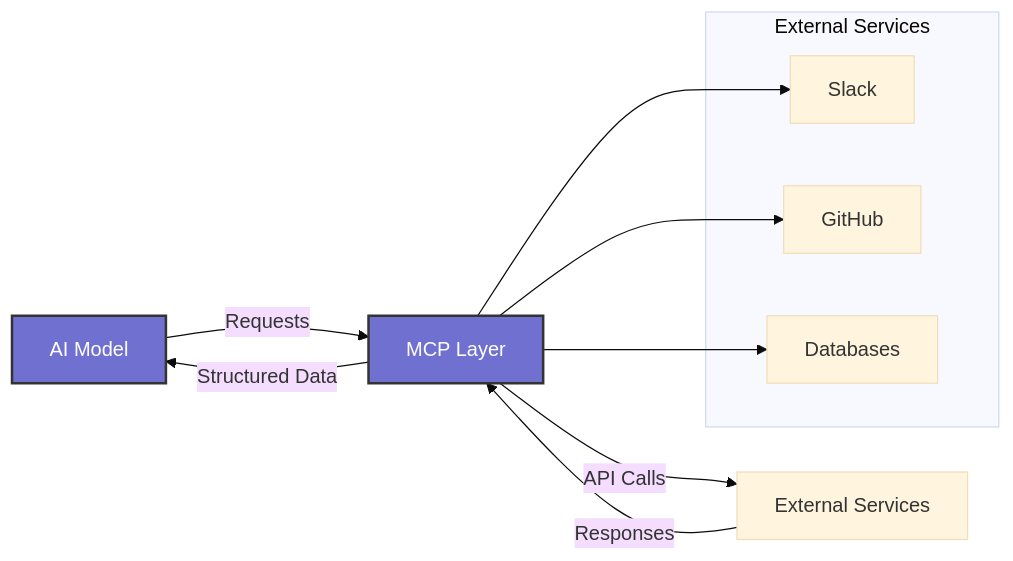
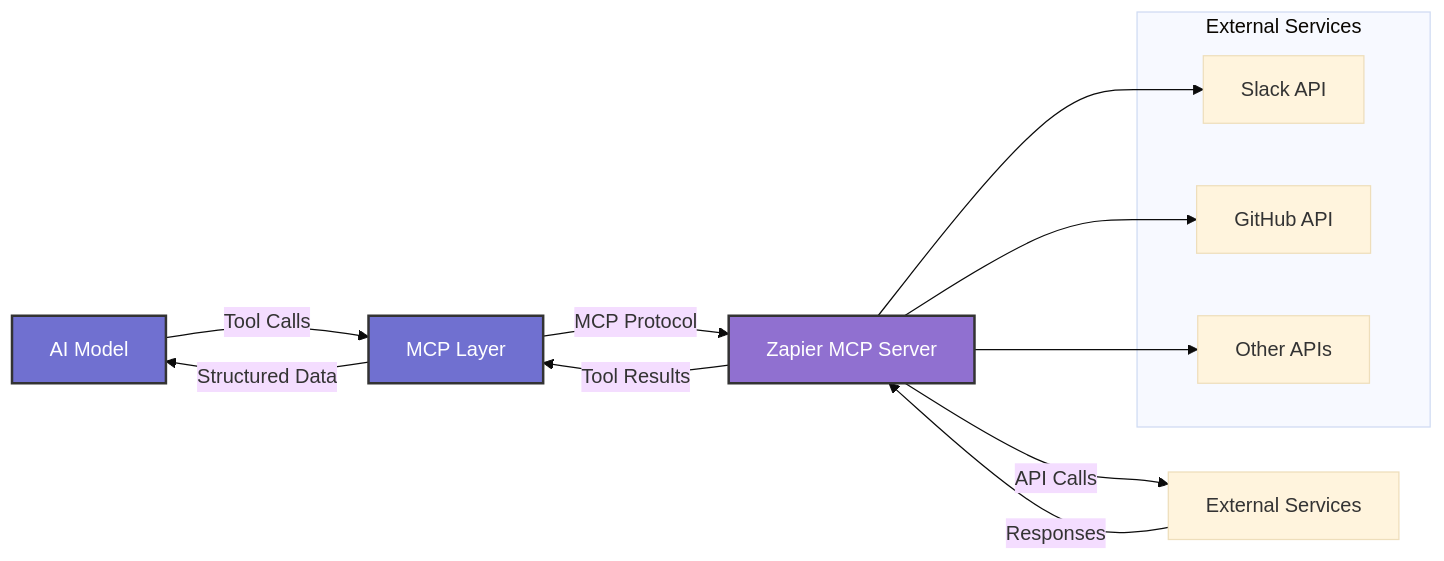
Before and after one commit to DamienBench/a2a-mcp-webhook-workshop: the third of 3 diagrams in README.md, drawn with Mermaid (base theme). The commit also changed other lines of this file, not shown here.

Commit message:
update diagrams

````diff
--- a/README.md
+++ b/README.md
@@ -126,21 +125,25 @@
 ```mermaid
 graph LR
-    AI[AI Model] -->|Requests| MCP[MCP Layer]
-    MCP -->|API Calls| Services[External Services]
-    Services -->|Responses| MCP
+    AI[AI Model] -->|Tool Calls| MCP[MCP Layer]
+    MCP -->|MCP Protocol| Zapier[Zapier MCP Server]
+    Zapier -->|API Calls| Services[External Services]
+    Services -->|Responses| Zapier
+    Zapier -->|Tool Results| MCP
     MCP -->|Structured Data| AI
     
     subgraph "External Services"
-        Slack[Slack]
-        GitHub[GitHub]
-        Database[Databases]
+        Slack[Slack API]
+        GitHub[GitHub API]
+        Other[Other APIs]
     end
     
-    MCP --> Slack
-    MCP --> GitHub
-    MCP --> Database
+    Zapier --> Slack
+    Zapier --> GitHub
+    Zapier --> Other
     
     class AI,MCP connector;
+    class Zapier middleware;
     
     classDef connector fill:#7070d0,stroke:#333,stroke-width:2px,color:#fff;
+    classDef middleware fill:#9070d0,stroke:#333,stroke-width:2px,color:#fff;
 ```
````
